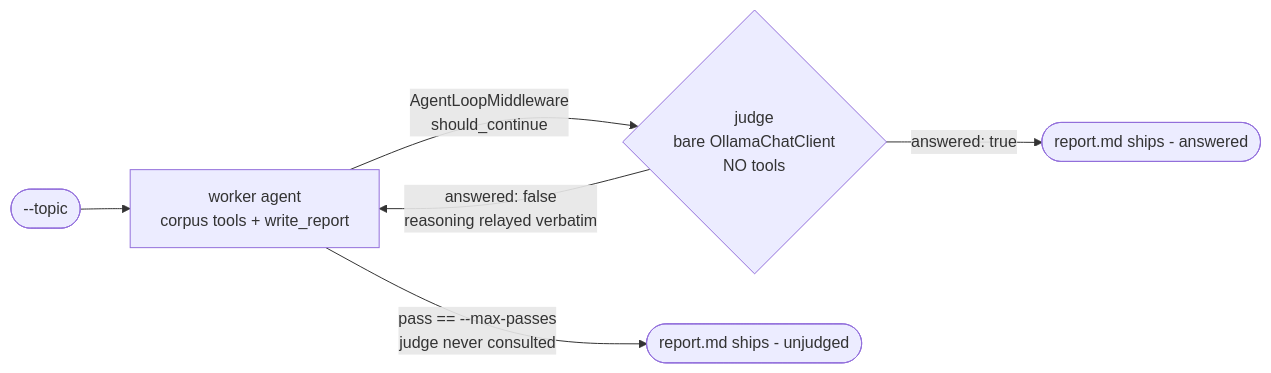
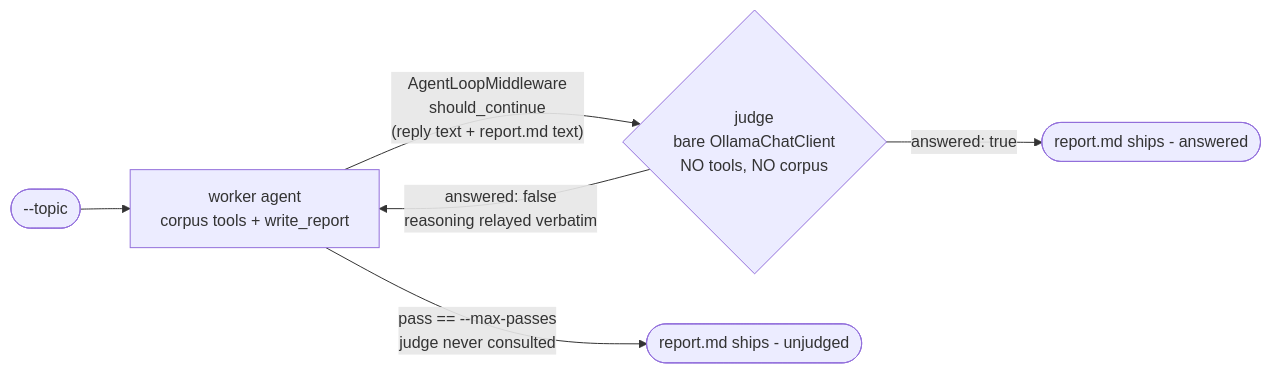
One commit to timothywong731/agent-framework-hotl changed the ninth of 9 diagrams in README.md. Above: the diagram before and after it, drawn with Mermaid. The commit also changed other lines of this file and 8 other files, not shown here.

````diff
--- a/README.md
+++ b/README.md
@@ -550,8 +551,8 @@
 ```mermaid
 flowchart LR
     T(["--topic"]) --> W["worker agent<br>corpus tools + write_report"]
-    W -->|"AgentLoopMiddleware<br>should_continue"| J{"judge<br>bare OllamaChatClient<br>NO tools"}
+    W -->|"AgentLoopMiddleware<br>should_continue<br>(reply text + report.md text)"| J{"judge<br>bare OllamaChatClient<br>NO tools, NO corpus"}
     J -->|"answered: false<br>reasoning relayed verbatim"| W
     J -->|"answered: true"| OK(["report.md ships - answered"])
     W -->|"pass == --max-passes<br>judge never consulted"| UN(["report.md ships - unjudged"])
 ```
````
